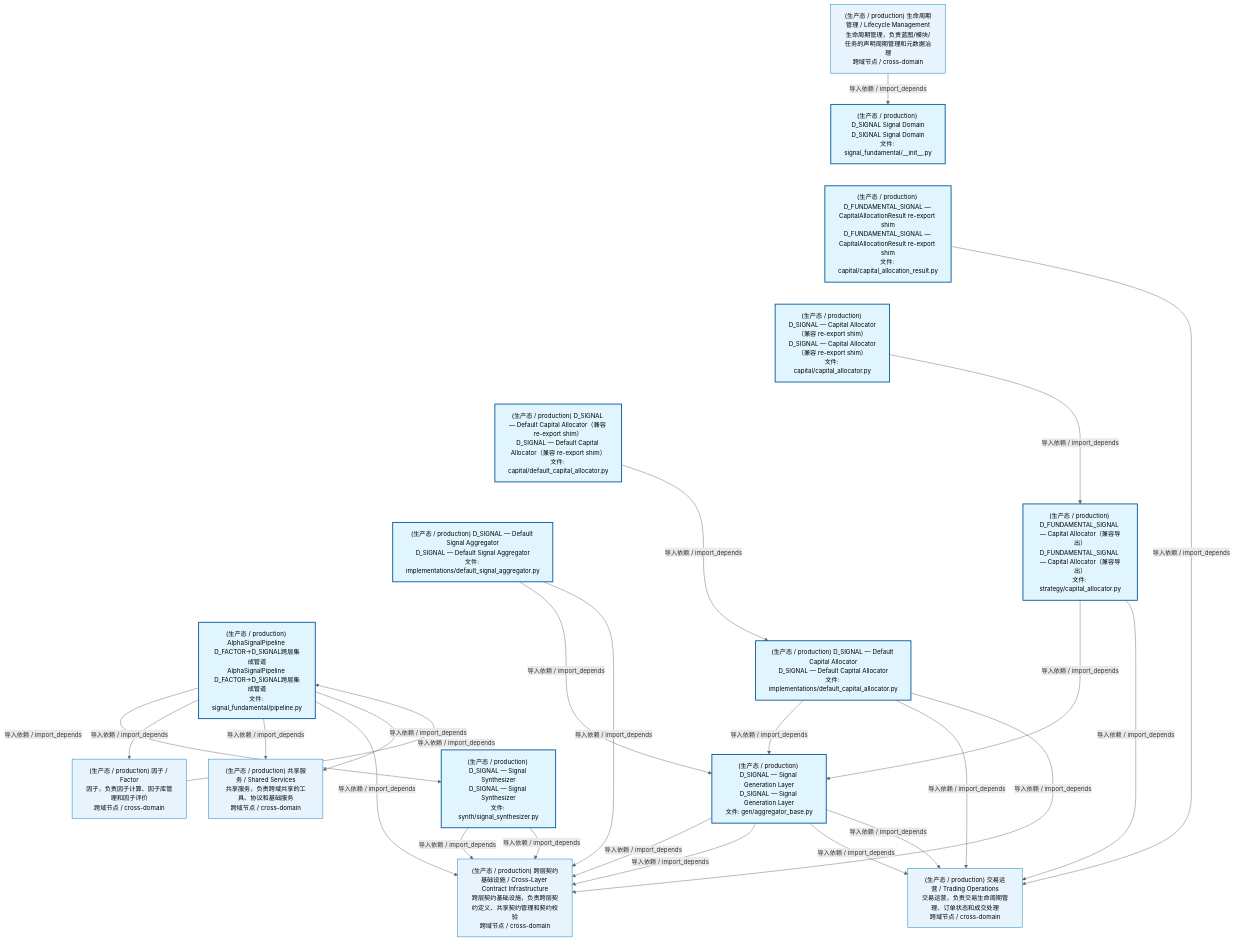
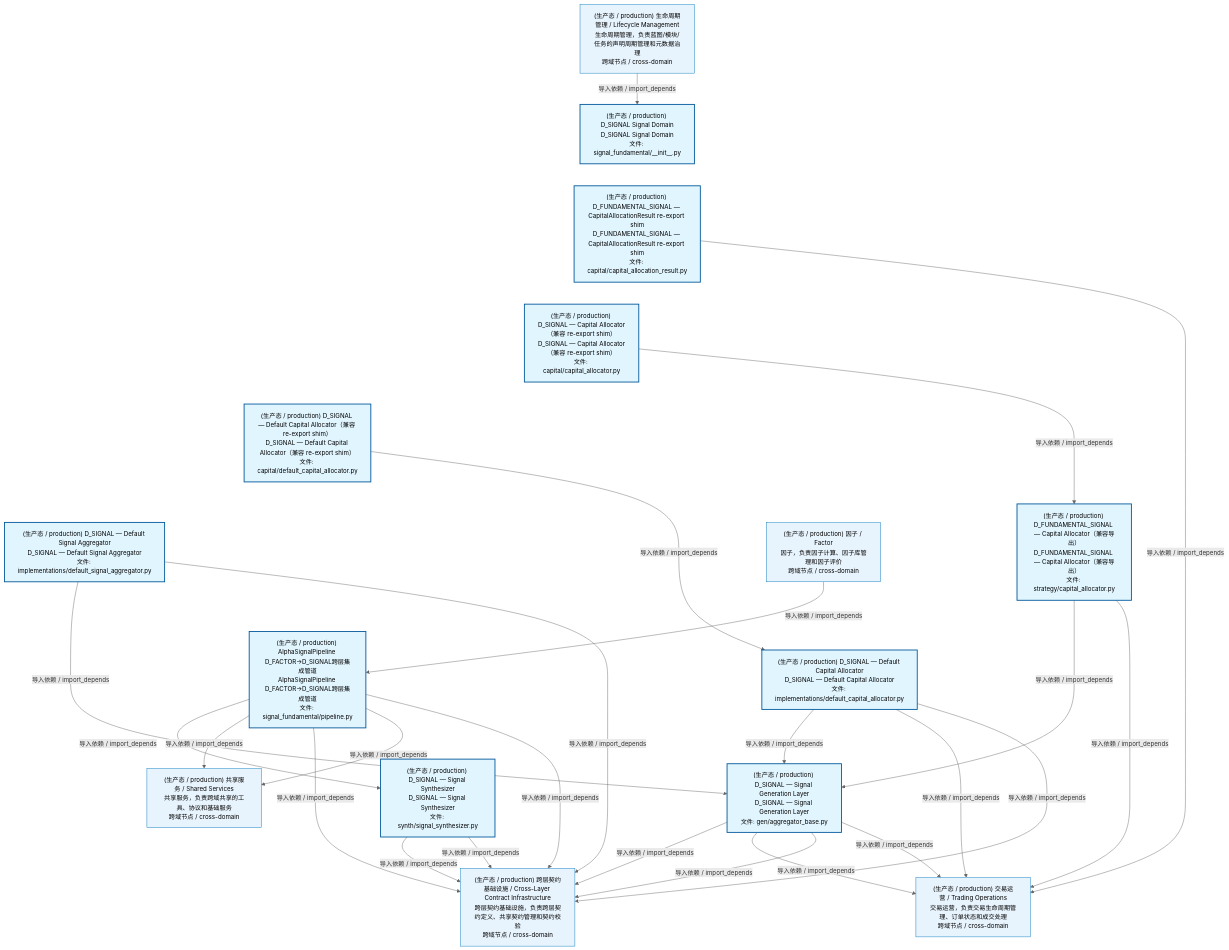
Before and after one commit to xuanFelixVan/ZephyrAlpha: the first of 2 diagrams in docs/02_enterprise_architecture/02_domain_architecture_docs/48_d_fundamental_signal.md, drawn with Mermaid. The commit also changed other lines of this file and 78 other files, not shown here.

````diff
--- a/docs/02_enterprise_architecture/02_domain_architecture_docs/48_d_fundamental_signal.md
+++ b/docs/02_enterprise_architecture/02_domain_architecture_docs/48_d_fundamental_signal.md
@@ -53,55 +53,55 @@
 ```mermaid
 %%{init: {'theme': 'base', 'themeVariables': {'primaryColor': '#eaeaea', 'primaryTextColor': '#333333', 'primaryBorderColor': '#666666', 'lineColor': '#666666', 'secondaryColor': '#eaeaea', 'tertiaryColor': '#eaeaea', 'fontSize': '14px'}}}%%
 flowchart TD
     src_zephyr_signal_fundamental_init_py["(生产态 / production) D_SIGNAL Signal Domain<br/>D_SIGNAL Signal Domain<br/>文件: signal_fundamental/__init__.py"]
     src_zephyr_signal_fundamental_capital_capital_allocation_result_py["(生产态 / production) D_FUNDAMENTAL_SIGNAL — CapitalAllocationResult re-export shim<br/>D_FUNDAMENTAL_SIGNAL — CapitalAllocationResult re-export shim<br/>文件: capital/capital_allocation_result.py"]
     src_zephyr_signal_fundamental_capital_capital_allocator_py["(生产态 / production) D_SIGNAL — Capital Allocator（兼容 re-export shim）<br/>D_SIGNAL — Capital Allocator（兼容 re-export shim）<br/>文件: capital/capital_allocator.py"]
     src_zephyr_signal_fundamental_capital_default_capital_allocator_py["(生产态 / production) D_SIGNAL — Default Capital Allocator（兼容 re-export shim）<br/>D_SIGNAL — Default Capital Allocator（兼容 re-export shim）<br/>文件: capital/default_capital_allocator.py"]
     src_zephyr_signal_fundamental_gen_implementations_default_signal_aggregator_py["(生产态 / production) D_SIGNAL — Default Signal Aggregator<br/>D_SIGNAL — Default Signal Aggregator<br/>文件: implementations/default_signal_aggregator.py"]
     src_zephyr_signal_fundamental_pipeline_py["(生产态 / production) AlphaSignalPipeline D_FACTOR->D_SIGNAL跨层集成管道<br/>AlphaSignalPipeline D_FACTOR->D_SIGNAL跨层集成管道<br/>文件: signal_fundamental/pipeline.py"]
     src_zephyr_signal_fundamental_init_py ~~~ src_zephyr_signal_fundamental_capital_capital_allocation_result_py
     src_zephyr_signal_fundamental_capital_capital_allocation_result_py ~~~ src_zephyr_signal_fundamental_capital_capital_allocator_py
     src_zephyr_signal_fundamental_capital_capital_allocator_py ~~~ src_zephyr_signal_fundamental_capital_default_capital_allocator_py
     src_zephyr_signal_fundamental_capital_default_capital_allocator_py ~~~ src_zephyr_signal_fundamental_gen_implementations_default_signal_aggregator_py
     src_zephyr_signal_fundamental_gen_implementations_default_signal_aggregator_py ~~~ src_zephyr_signal_fundamental_pipeline_py
     src_zephyr_signal_fundamental_strategy_capital_allocator_py["(生产态 / production) D_FUNDAMENTAL_SIGNAL — Capital Allocator（兼容导出）<br/>D_FUNDAMENTAL_SIGNAL — Capital Allocator（兼容导出）<br/>文件: strategy/capital_allocator.py"]
     src_zephyr_signal_fundamental_strategy_implementations_default_capital_allocator_py["(生产态 / production) D_SIGNAL — Default Capital Allocator<br/>D_SIGNAL — Default Capital Allocator<br/>文件: implementations/default_capital_allocator.py"]
     src_zephyr_signal_fundamental_synth_signal_synthesizer_py["(生产态 / production) D_SIGNAL — Signal Synthesizer<br/>D_SIGNAL — Signal Synthesizer<br/>文件: synth/signal_synthesizer.py"]
     src_zephyr_signal_fundamental_strategy_capital_allocator_py ~~~ src_zephyr_signal_fundamental_strategy_implementations_default_capital_allocator_py
     src_zephyr_signal_fundamental_strategy_implementations_default_capital_allocator_py ~~~ src_zephyr_signal_fundamental_synth_signal_synthesizer_py
     src_zephyr_signal_fundamental_gen_aggregator_base_py["(生产态 / production) D_SIGNAL — Signal Generation Layer<br/>D_SIGNAL — Signal Generation Layer<br/>文件: gen/aggregator_base.py"]
     src_zephyr_signal_fundamental_pipeline_py -->|导入依赖 / import_depends| src_zephyr_signal_fundamental_synth_signal_synthesizer_py
     src_zephyr_signal_fundamental_capital_default_capital_allocator_py -->|导入依赖 / import_depends| src_zephyr_signal_fundamental_strategy_implementations_default_capital_allocator_py
     src_zephyr_signal_fundamental_capital_capital_allocator_py -->|导入依赖 / import_depends| src_zephyr_signal_fundamental_strategy_capital_allocator_py
     src_zephyr_signal_fundamental_gen_implementations_default_signal_aggregator_py -->|导入依赖 / import_depends| src_zephyr_signal_fundamental_gen_aggregator_base_py
+    src_zephyr_signal_fundamental_strategy_implementations_default_capital_allocator_py -->|导入依赖 / import_depends| src_zephyr_signal_fundamental_gen_aggregator_base_py
     src_zephyr_signal_fundamental_strategy_capital_allocator_py -->|导入依赖 / import_depends| src_zephyr_signal_fundamental_gen_aggregator_base_py
-    src_zephyr_signal_fundamental_strategy_implementations_default_capital_allocator_py -->|导入依赖 / import_depends| src_zephyr_signal_fundamental_gen_aggregator_base_py
     D_INFRASTRUCTURE["(生产态 / production) 跨层契约基础设施 / Cross-Layer Contract Infrastructure<br/>跨层契约基础设施，负责跨层契约定义、共享契约管理和契约校验<br/>跨域节点 / cross-domain"]
-    src_zephyr_signal_fundamental_gen_aggregator_base_py -->|导入依赖 / import_depends| D_INFRASTRUCTURE
     src_zephyr_signal_fundamental_synth_signal_synthesizer_py -->|导入依赖 / import_depends| D_INFRASTRUCTURE
     D_TRADING["(生产态 / production) 交易运营 / Trading Operations<br/>交易运营，负责交易生命周期管理、订单状态和成交处理<br/>跨域节点 / cross-domain"]
     src_zephyr_signal_fundamental_capital_capital_allocation_result_py -->|导入依赖 / import_depends| D_TRADING
-    src_zephyr_signal_fundamental_strategy_capital_allocator_py -->|导入依赖 / import_depends| D_TRADING
-    D_FACTOR["(生产态 / production) 因子 / Factor<br/>因子，负责因子计算、因子库管理和因子评价<br/>跨域节点 / cross-domain"]
-    src_zephyr_signal_fundamental_pipeline_py -->|导入依赖 / import_depends| D_FACTOR
     D_SHARED["(生产态 / production) 共享服务 / Shared Services<br/>共享服务，负责跨域共享的工具、协议和基础服务<br/>跨域节点 / cross-domain"]
     src_zephyr_signal_fundamental_pipeline_py -->|导入依赖 / import_depends| D_SHARED
     src_zephyr_signal_fundamental_strategy_implementations_default_capital_allocator_py -->|导入依赖 / import_depends| D_TRADING
     src_zephyr_signal_fundamental_gen_aggregator_base_py -->|导入依赖 / import_depends| D_INFRASTRUCTURE
     src_zephyr_signal_fundamental_pipeline_py -->|导入依赖 / import_depends| D_INFRASTRUCTURE
     src_zephyr_signal_fundamental_strategy_implementations_default_capital_allocator_py -->|导入依赖 / import_depends| D_INFRASTRUCTURE
     src_zephyr_signal_fundamental_gen_implementations_default_signal_aggregator_py -->|导入依赖 / import_depends| D_INFRASTRUCTURE
     src_zephyr_signal_fundamental_synth_signal_synthesizer_py -->|导入依赖 / import_depends| D_INFRASTRUCTURE
     src_zephyr_signal_fundamental_gen_aggregator_base_py -->|导入依赖 / import_depends| D_TRADING
+    src_zephyr_signal_fundamental_gen_aggregator_base_py -->|导入依赖 / import_depends| D_INFRASTRUCTURE
     src_zephyr_signal_fundamental_gen_aggregator_base_py -->|导入依赖 / import_depends| D_TRADING
     src_zephyr_signal_fundamental_pipeline_py -->|导入依赖 / import_depends| D_SHARED
+    src_zephyr_signal_fundamental_pipeline_py -->|导入依赖 / import_depends| D_INFRASTRUCTURE
+    src_zephyr_signal_fundamental_strategy_capital_allocator_py -->|导入依赖 / import_depends| D_TRADING
+    D_FACTOR["(生产态 / production) 因子 / Factor<br/>因子，负责因子计算、因子库管理和因子评价<br/>跨域节点 / cross-domain"]
+    D_FACTOR -->|导入依赖 / import_depends| src_zephyr_signal_fundamental_pipeline_py
     D_GOVERNANCE["(生产态 / production) 生命周期管理 / Lifecycle Management<br/>生命周期管理，负责蓝图/模块/任务的声明周期管理和元数据治理<br/>跨域节点 / cross-domain"]
     D_GOVERNANCE -->|导入依赖 / import_depends| src_zephyr_signal_fundamental_init_py
-    D_FACTOR -->|导入依赖 / import_depends| src_zephyr_signal_fundamental_pipeline_py
     classDef production fill:#e1f5fe,stroke:#01579b,stroke-width:2px,color:#000
     classDef design fill:#fff3e0,stroke:#e65100,stroke-width:2px,color:#000,stroke-dasharray: 5 5
     classDef external_prod fill:#e8f4fd,stroke:#0277bd,stroke-width:1px,color:#000
     classDef external_design fill:#fff8e7,stroke:#ef6c00,stroke-width:1px,color:#000,stroke-dasharray: 5 5
     class src_zephyr_signal_fundamental_init_py,src_zephyr_signal_fundamental_capital_capital_allocation_result_py,src_zephyr_signal_fundamental_capital_capital_allocator_py,src_zephyr_signal_fundamental_capital_default_capital_allocator_py,src_zephyr_signal_fundamental_gen_aggregator_base_py,src_zephyr_signal_fundamental_gen_implementations_default_signal_aggregator_py,src_zephyr_signal_fundamental_pipeline_py,src_zephyr_signal_fundamental_strategy_capital_allocator_py,src_zephyr_signal_fundamental_strategy_implementations_default_capital_allocator_py,src_zephyr_signal_fundamental_synth_signal_synthesizer_py production
-    class D_INFRASTRUCTURE,D_TRADING,D_FACTOR,D_SHARED,D_GOVERNANCE external_prod
+    class D_INFRASTRUCTURE,D_TRADING,D_SHARED,D_FACTOR,D_GOVERNANCE external_prod
 ```
````
